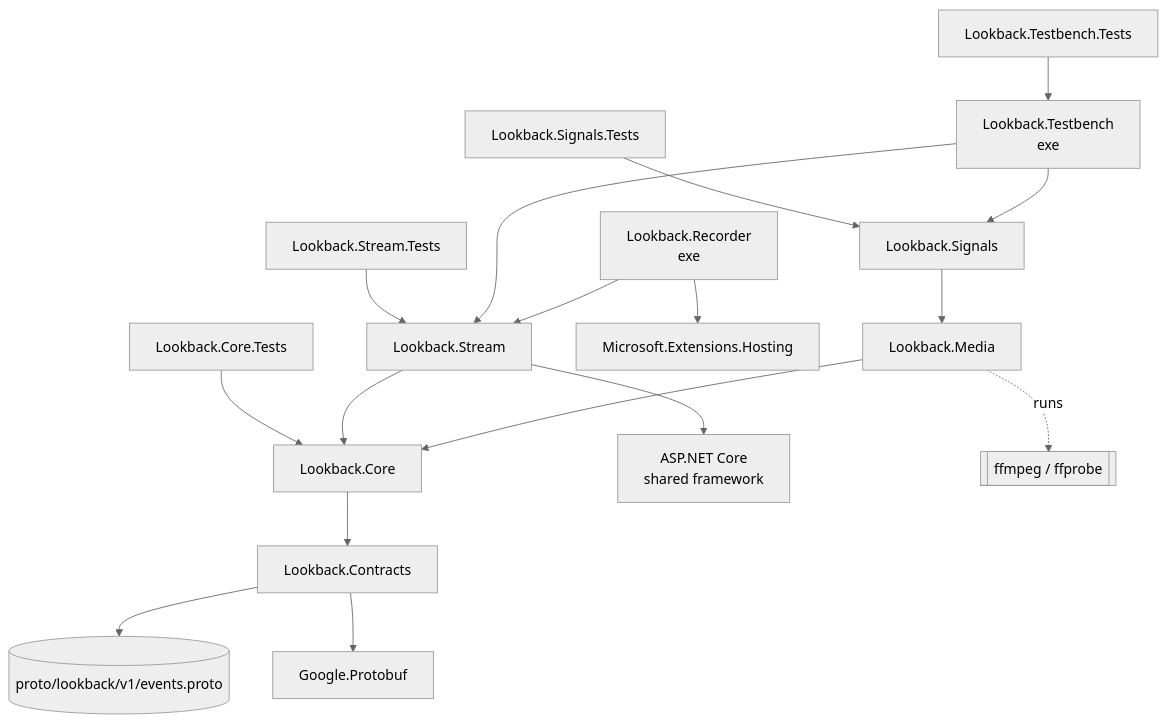
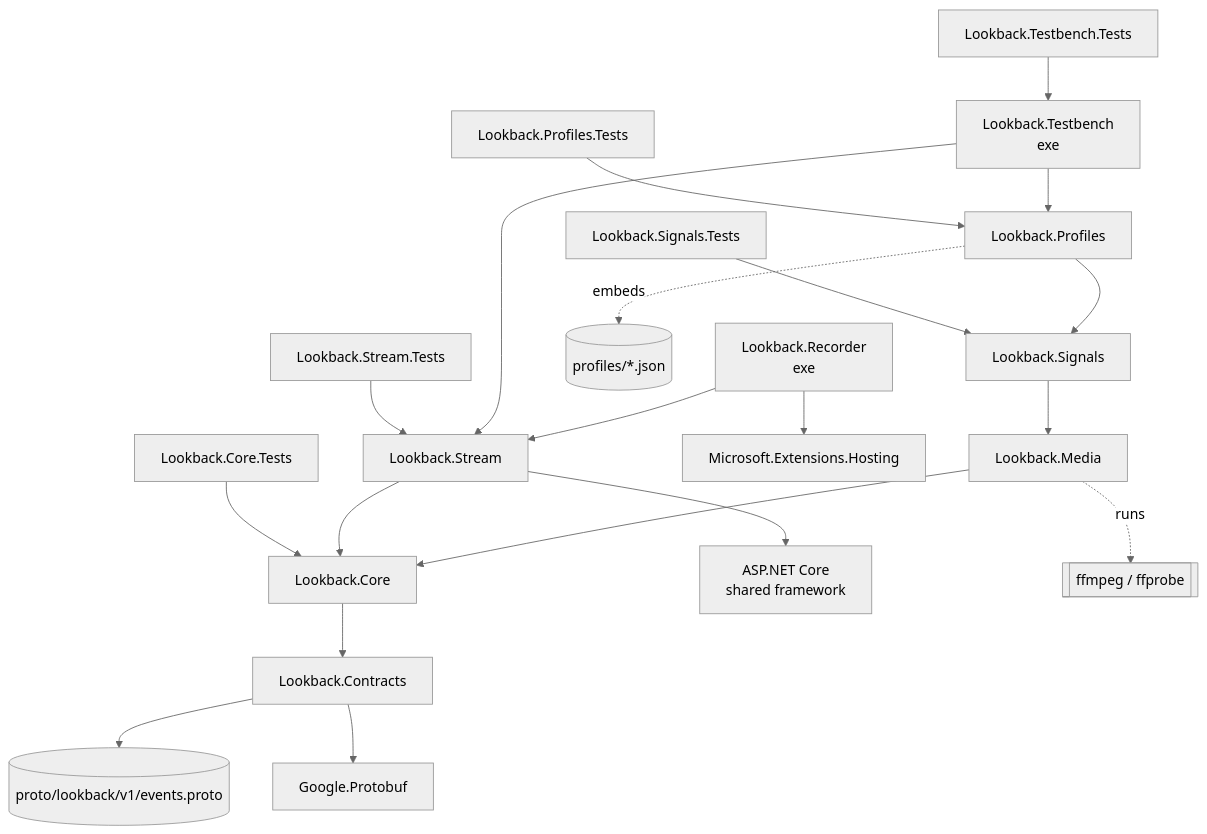
The first of 2 diagrams in docs/wiki/Project-Structure.md (Joshmh7128/Lookback), drawn with Mermaid (neutral theme) before and after one commit. The commit also changed other lines of this file and 40 other files, not shown here.

````diff
--- a/docs/wiki/Project-Structure.md
+++ b/docs/wiki/Project-Structure.md
@@ -40,18 +44,21 @@
 ```mermaid
 flowchart TB
     R[Lookback.Recorder<br/>exe] --> S[Lookback.Stream]
-    TB[Lookback.Testbench<br/>exe] --> S & SG[Lookback.Signals]
+    TB[Lookback.Testbench<br/>exe] --> S & PR[Lookback.Profiles]
+    PR --> SG[Lookback.Signals]
+    PR -. embeds .-> PJ[(profiles/*.json)]
     SG --> MD[Lookback.Media] --> C
     S --> C[Lookback.Core]
     C --> K[Lookback.Contracts]
     K --> P[(proto/lookback/v1/events.proto)]
     K --> GP[Google.Protobuf]
     S --> ASP[ASP.NET Core<br/>shared framework]
     R --> HOST[Microsoft.Extensions.Hosting]
 
     TC[Lookback.Core.Tests] --> C
     TS[Lookback.Stream.Tests] --> S
     TSG[Lookback.Signals.Tests] --> SG
+    TPR[Lookback.Profiles.Tests] --> PR
     TTB[Lookback.Testbench.Tests] --> TB
     MD -. runs .-> FF[[ffmpeg / ffprobe]]
 ```
````
